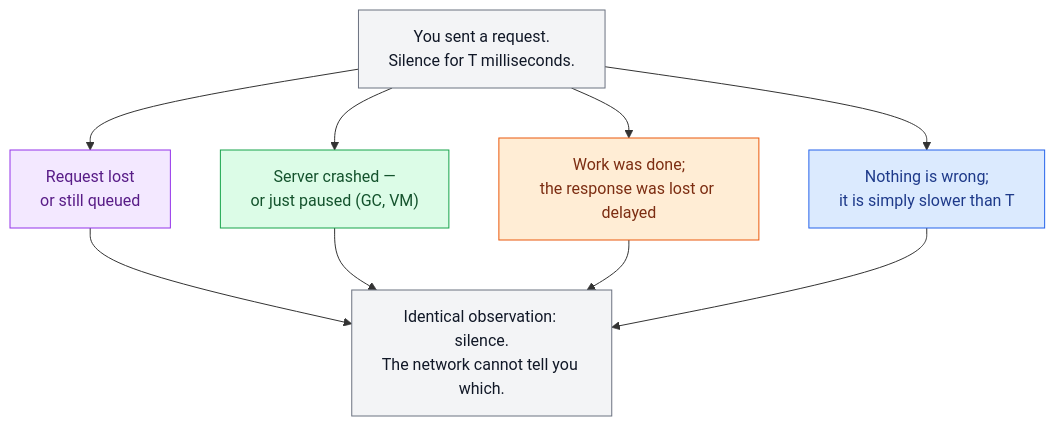
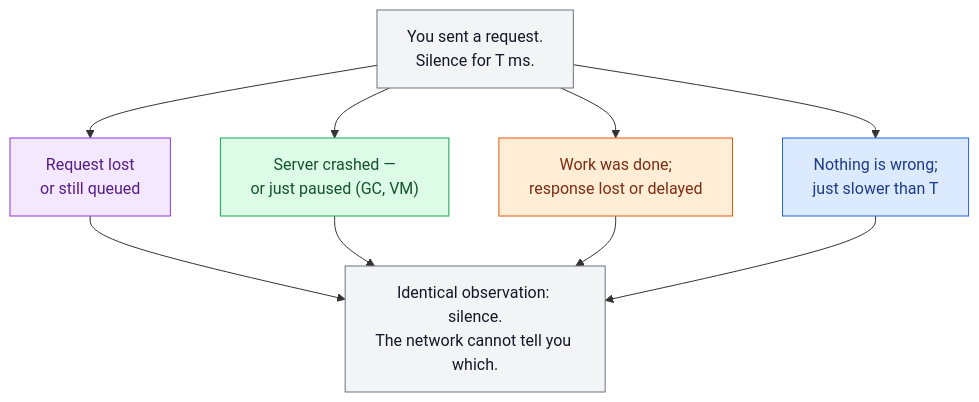
The second of 2 diagrams in 01-foundations/05-networking-essentials.md (ani2fun/system-design-guide), drawn with Mermaid before and after one commit. The commit also changed other lines of this file, not shown here.

````diff
--- a/01-foundations/05-networking-essentials.md
+++ b/01-foundations/05-networking-essentials.md
@@ -191,18 +330,18 @@
 ```mermaid
 flowchart TB
     classDef client fill:#f3f4f6,stroke:#6b7280,color:#111827;
     classDef edge   fill:#dbeafe,stroke:#2563eb,color:#1e3a8a;
     classDef svc    fill:#dcfce7,stroke:#16a34a,color:#14532d;
     classDef data   fill:#ffedd5,stroke:#ea580c,color:#7c2d12;
     classDef async  fill:#f3e8ff,stroke:#9333ea,color:#581c87;
 
-    A["You sent a request.<br/>Silence for T milliseconds."]:::client
+    A["You sent a request.<br/>Silence for T ms."]:::client
     A --> B["Request lost<br/>or still queued"]:::async
     A --> C["Server crashed —<br/>or just paused (GC, VM)"]:::svc
-    A --> D["Work was done;<br/>the response was lost or delayed"]:::data
-    A --> E["Nothing is wrong;<br/>it is simply slower than T"]:::edge
+    A --> D["Work was done;<br/>response lost or delayed"]:::data
+    A --> E["Nothing is wrong;<br/>just slower than T"]:::edge
     B --> F["Identical observation: silence.<br/>The network cannot tell you which."]:::client
     C --> F
     D --> F
     E --> F
 ```
````
